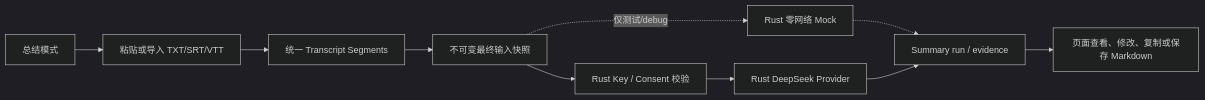
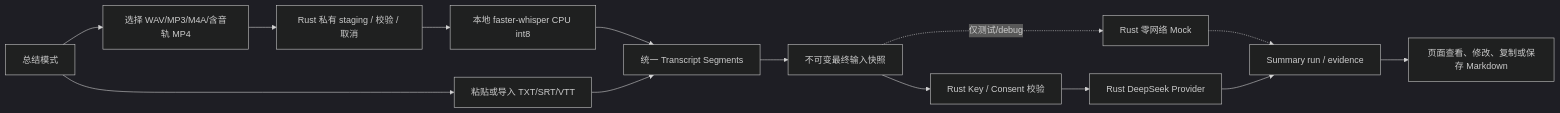
Before and after one commit to Gray-8a/MeetingLens: the second of 7 diagrams in ARCHITECTURE.md, drawn with Mermaid (dark theme). The commit also changed other lines of this file and 77 other files, not shown here.

````diff
--- a/ARCHITECTURE.md
+++ b/ARCHITECTURE.md
@@ -29,12 +29,16 @@
 ```mermaid
 flowchart LR
     HOME["总结模式"] --> SOURCE["粘贴或导入 TXT/SRT/VTT"]
+    HOME --> AUDIO["选择 WAV/MP3/M4A/含音轨 MP4"]
+    AUDIO --> RUST_AUDIO["Rust 私有 staging / 校验 / 取消"]
+    RUST_AUDIO --> WORKER["本地 faster-whisper CPU int8"]
+    WORKER --> SEGMENTS
     SOURCE --> SEGMENTS["统一 Transcript Segments"]
     SEGMENTS --> SNAPSHOT["不可变最终输入快照"]
     SNAPSHOT --> CONSENT["Rust Key / Consent 校验"]
     CONSENT --> DEEPSEEK["Rust DeepSeek Provider"]
     SNAPSHOT -. "仅测试/debug" .-> MOCK["Rust 零网络 Mock"]
     MOCK -.-> RUN["Summary run / evidence"]
     DEEPSEEK --> RUN
     RUN --> MINUTES["页面查看、修改、复制或保存 Markdown"]
 ```
````
